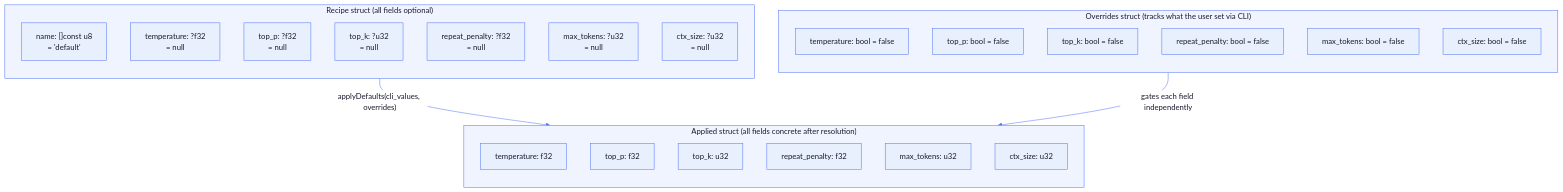
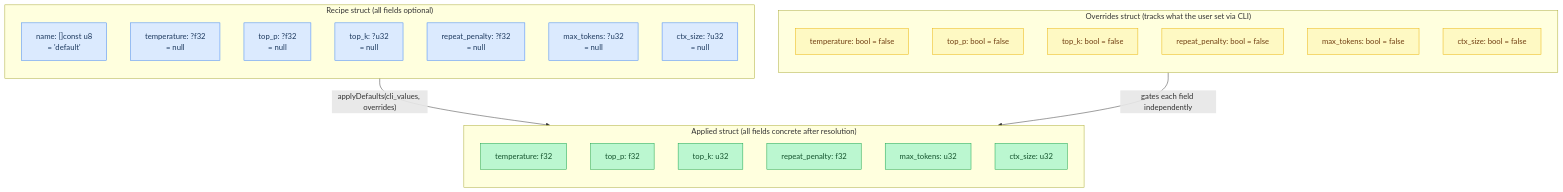
The first of 6 diagrams in docs/tutorial/16-recipe-system.md (maci0/agave), drawn with Mermaid before and after one commit. The commit also changed other lines of this file and 24 other files, not shown here.

First line of the commit message:
docs: convert all mermaid diagrams to classDef semantic colors

````diff
--- a/docs/tutorial/16-recipe-system.md
+++ b/docs/tutorial/16-recipe-system.md
@@ -55,50 +55,43 @@
 ```mermaid
-%%{init: {'theme': 'base', 'themeVariables': {
-  'primaryColor': '#e8f0fe',
-  'primaryTextColor': '#1a1a2e',
-  'primaryBorderColor': '#4a6cf7',
-  'lineColor': '#4a6cf7',
-  'secondaryColor': '#f0f4ff',
-  'tertiaryColor': '#f8f9ff',
-  'edgeLabelBackground': '#ffffff',
-  'clusterBkg': '#f0f4ff',
-  'clusterBorder': '#4a6cf7',
-  'titleColor': '#1a1a2e',
-  'nodeTextColor': '#1a1a2e',
-  'fontFamily': 'ui-monospace, SFMono-Regular, monospace'
-}}}%%
 graph TD
+    classDef setup     fill:#dbeafe,stroke:#3b82f6,color:#1e3a5f
+    classDef sync      fill:#dcfce7,stroke:#22c55e,color:#14532d
+    classDef migration fill:#fef9c3,stroke:#eab308,color:#713f12
+    classDef success   fill:#bbf7d0,stroke:#16a34a,color:#14532d
+    classDef danger    fill:#fee2e2,stroke:#ef4444,color:#7f1d1d
+    classDef optional  fill:#f3e8ff,stroke:#9333ea,color:#581c87
+
     subgraph RecipeStruct["Recipe struct (all fields optional)"]
         direction TB
-        R1["name: []const u8\n= 'default'"]
-        R2["temperature: ?f32\n= null"]
-        R3["top_p: ?f32\n= null"]
-        R4["top_k: ?u32\n= null"]
-        R5["repeat_penalty: ?f32\n= null"]
-        R6["max_tokens: ?u32\n= null"]
-        R7["ctx_size: ?u32\n= null"]
+        R1["name: []const u8\n= 'default'"]:::setup
+        R2["temperature: ?f32\n= null"]:::setup
+        R3["top_p: ?f32\n= null"]:::setup
+        R4["top_k: ?u32\n= null"]:::setup
+        R5["repeat_penalty: ?f32\n= null"]:::setup
+        R6["max_tokens: ?u32\n= null"]:::setup
+        R7["ctx_size: ?u32\n= null"]:::setup
     end
 
     subgraph AppliedStruct["Applied struct (all fields concrete after resolution)"]
         direction TB
-        A1["temperature: f32"]
-        A2["top_p: f32"]
-        A3["top_k: u32"]
-        A4["repeat_penalty: f32"]
-        A5["max_tokens: u32"]
-        A6["ctx_size: u32"]
+        A1["temperature: f32"]:::success
+        A2["top_p: f32"]:::success
+        A3["top_k: u32"]:::success
+        A4["repeat_penalty: f32"]:::success
+        A5["max_tokens: u32"]:::success
+        A6["ctx_size: u32"]:::success
     end
 
     subgraph Overrides["Overrides struct (tracks what the user set via CLI)"]
         direction TB
-        O1["temperature: bool = false"]
-        O2["top_p: bool = false"]
-        O3["top_k: bool = false"]
-        O4["repeat_penalty: bool = false"]
-        O5["max_tokens: bool = false"]
-        O6["ctx_size: bool = false"]
+        O1["temperature: bool = false"]:::migration
+        O2["top_p: bool = false"]:::migration
+        O3["top_k: bool = false"]:::migration
+        O4["repeat_penalty: bool = false"]:::migration
+        O5["max_tokens: bool = false"]:::migration
+        O6["ctx_size: bool = false"]:::migration
     end
 
     RecipeStruct -->|"applyDefaults(cli_values, overrides)"| AppliedStruct
     Overrides -->|"gates each field independently"| AppliedStruct
 ```
````
